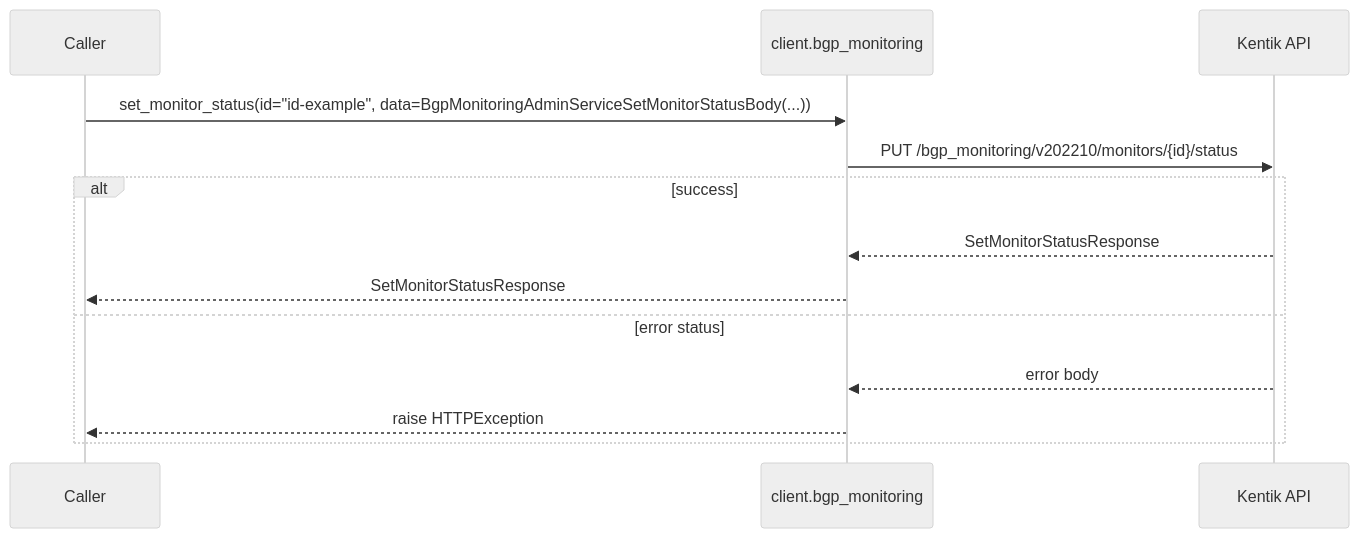
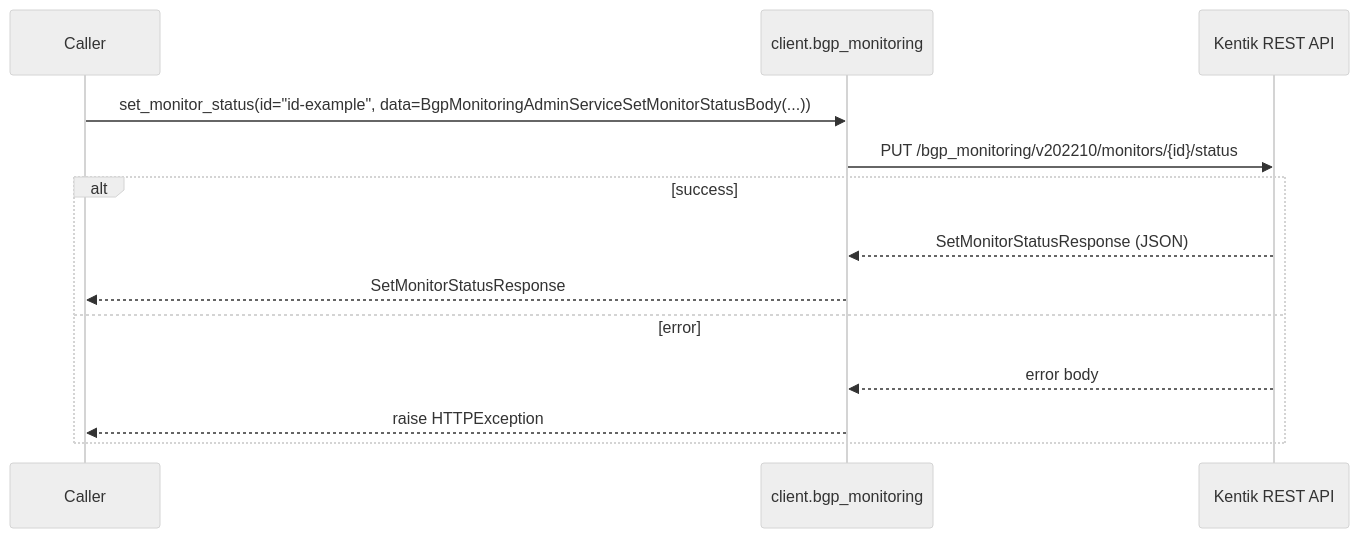
Before and after one commit to alexdearaujo/community_sdk_python: diagram 16 of 18 in docs/sphinx/services/bgp_monitoring.md, drawn with Mermaid (neutral theme). The commit also changed other lines of this file and 61 other files, not shown here.

````diff
--- a/docs/sphinx/services/bgp_monitoring.md
+++ b/docs/sphinx/services/bgp_monitoring.md
@@ -379,16 +556,16 @@
 ```mermaid
 sequenceDiagram
     participant C as Caller
     participant W as client.bgp_monitoring
-    participant API as Kentik API
+    participant API as Kentik REST API
 
     C->>W: set_monitor_status(id="id-example", data=BgpMonitoringAdminServiceSetMonitorStatusBody(...))
     W->>API: PUT /bgp_monitoring/v202210/monitors/{id}/status
     alt success
-        API-->>W: SetMonitorStatusResponse
+        API-->>W: SetMonitorStatusResponse (JSON)
         W-->>C: SetMonitorStatusResponse
-    else error status
+    else error
         API-->>W: error body
         W-->>C: raise HTTPException
     end
 ```
````
